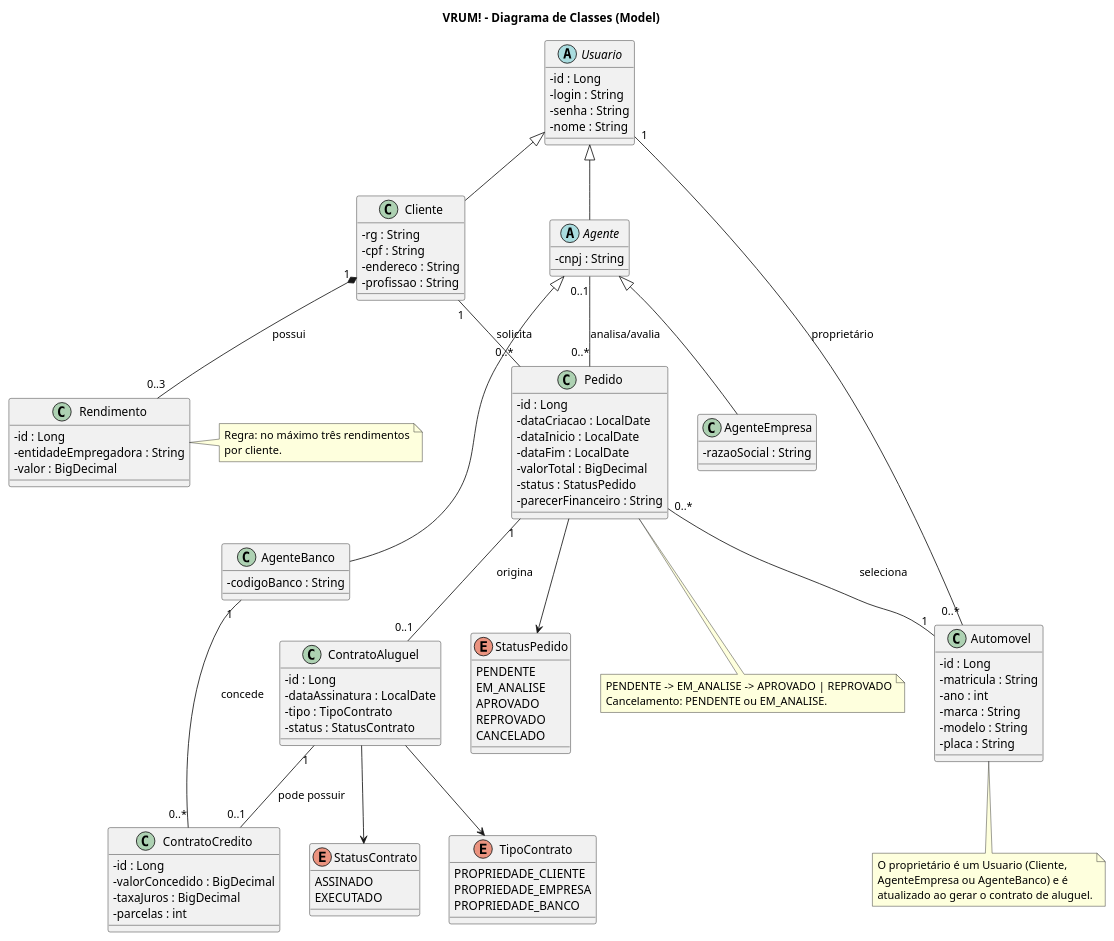
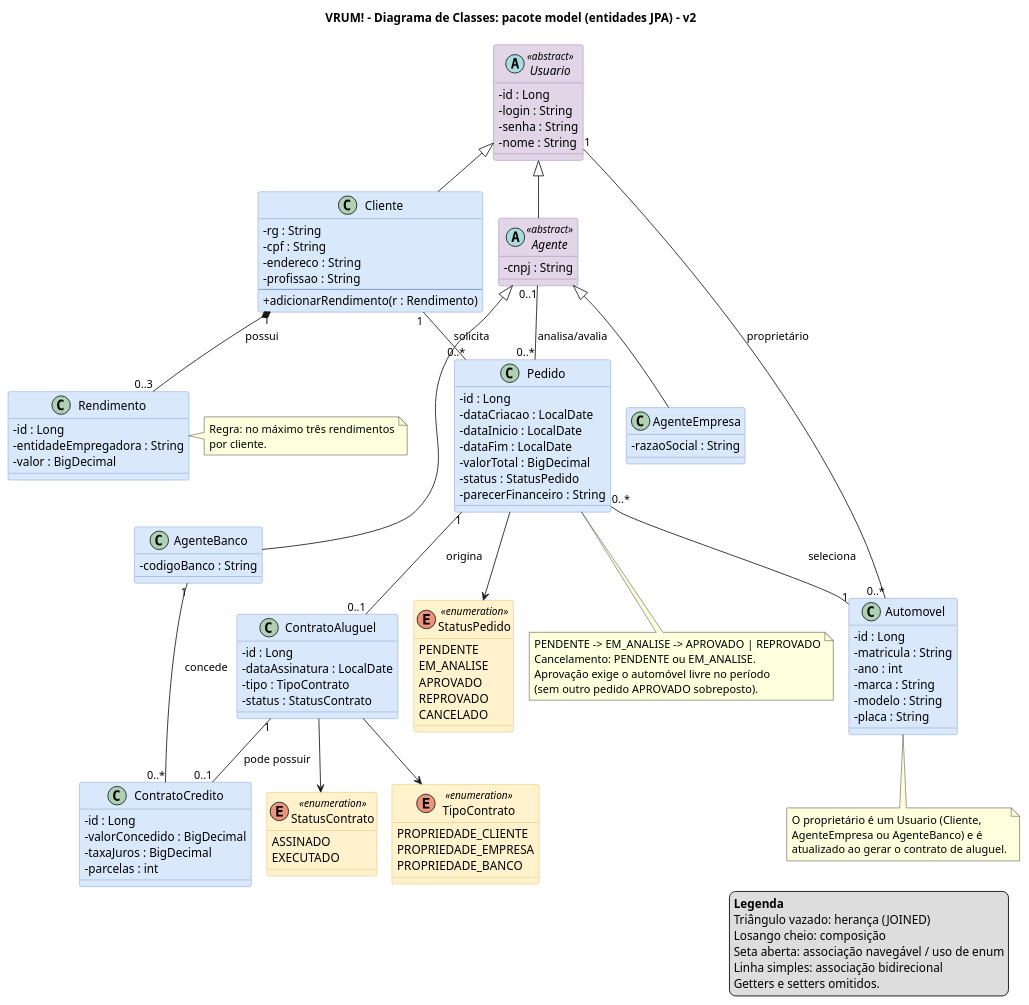
One commit to pamelanilo/Sistema_Aluguel_Carros changed the diagram in docs/diagramas/Diagrama_classes.puml. Above: the diagram before and after it, drawn with PlantUML. The commit also changed 76 other files, not shown here.

```diff
--- a/docs/diagramas/Diagrama_classes.puml
+++ b/docs/diagramas/Diagrama_classes.puml
@@ -1,108 +1,130 @@
 @startuml
+!pragma layout smetana
 skinparam shadowing false
 skinparam DefaultFontName Arial
 skinparam classAttributeIconSize 0
-title VRUM! - Diagrama de Classes (Model)
+skinparam class {
+  BackgroundColor #DAE8FC
+  BorderColor #6C8EBF
+  BackgroundColor<<abstract>> #E1D5E7
+  BorderColor<<abstract>> #9673A6
+  BackgroundColor<<enumeration>> #FFF2CC
+  BorderColor<<enumeration>> #D6B656
+}
+title VRUM! - Diagrama de Classes: pacote model (entidades JPA) - v2
 
-abstract class Usuario {
+abstract class Usuario <<abstract>> {
   - id : Long
   - login : String
   - senha : String
   - nome : String
 }
 class Cliente {
   - rg : String
   - cpf : String
   - endereco : String
   - profissao : String
+  --
+  + adicionarRendimento(r : Rendimento)
 }
 class Rendimento {
   - id : Long
   - entidadeEmpregadora : String
   - valor : BigDecimal
 }
-abstract class Agente {
+abstract class Agente <<abstract>> {
   - cnpj : String
 }
 class AgenteEmpresa {
   - razaoSocial : String
 }
 class AgenteBanco {
   - codigoBanco : String
 }
 class Automovel {
   - id : Long
   - matricula : String
   - ano : int
   - marca : String
   - modelo : String
   - placa : String
 }
 class Pedido {
   - id : Long
   - dataCriacao : LocalDate
   - dataInicio : LocalDate
   - dataFim : LocalDate
   - valorTotal : BigDecimal
   - status : StatusPedido
   - parecerFinanceiro : String
 }
 class ContratoAluguel {
   - id : Long
   - dataAssinatura : LocalDate
   - tipo : TipoContrato
   - status : StatusContrato
 }
 class ContratoCredito {
   - id : Long
   - valorConcedido : BigDecimal
   - taxaJuros : BigDecimal
   - parcelas : int
 }
-enum StatusPedido {
+enum StatusPedido <<enumeration>> {
   PENDENTE
   EM_ANALISE
   APROVADO
   REPROVADO
   CANCELADO
 }
-enum StatusContrato {
+enum StatusContrato <<enumeration>> {
   ASSINADO
   EXECUTADO
 }
-enum TipoContrato {
+enum TipoContrato <<enumeration>> {
   PROPRIEDADE_CLIENTE
   PROPRIEDADE_EMPRESA
   PROPRIEDADE_BANCO
 }
 
 Usuario <|-- Cliente
 Usuario <|-- Agente
 Agente <|-- AgenteEmpresa
 Agente <|-- AgenteBanco
 Cliente "1" *-- "0..3" Rendimento : possui
 Cliente "1" -- "0..*" Pedido : solicita
 Agente "0..1" -- "0..*" Pedido : analisa/avalia
 Pedido "0..*" -- "1" Automovel : seleciona
 Pedido "1" -- "0..1" ContratoAluguel : origina
 Usuario "1" -- "0..*" Automovel : proprietário
 ContratoAluguel "1" -- "0..1" ContratoCredito : pode possuir
 AgenteBanco "1" -- "0..*" ContratoCredito : concede
 Pedido --> StatusPedido
 ContratoAluguel --> TipoContrato
 ContratoAluguel --> StatusContrato
 
 note right of Rendimento
   Regra: no máximo três rendimentos
   por cliente.
 end note
 note bottom of Automovel
   O proprietário é um Usuario (Cliente,
   AgenteEmpresa ou AgenteBanco) e é
   atualizado ao gerar o contrato de aluguel.
 end note
 note bottom of Pedido
   PENDENTE -> EM_ANALISE -> APROVADO | REPROVADO
   Cancelamento: PENDENTE ou EM_ANALISE.
+  Aprovação exige o automóvel livre no período
+  (sem outro pedido APROVADO sobreposto).
 end note
+
+legend right
+  <b>Legenda</b>
+  Triângulo vazado: herança (JOINED)
+  Losango cheio: composição
+  Seta aberta: associação navegável / uso de enum
+  Linha simples: associação bidirecional
+  Getters e setters omitidos.
+endlegend
 @enduml
```
